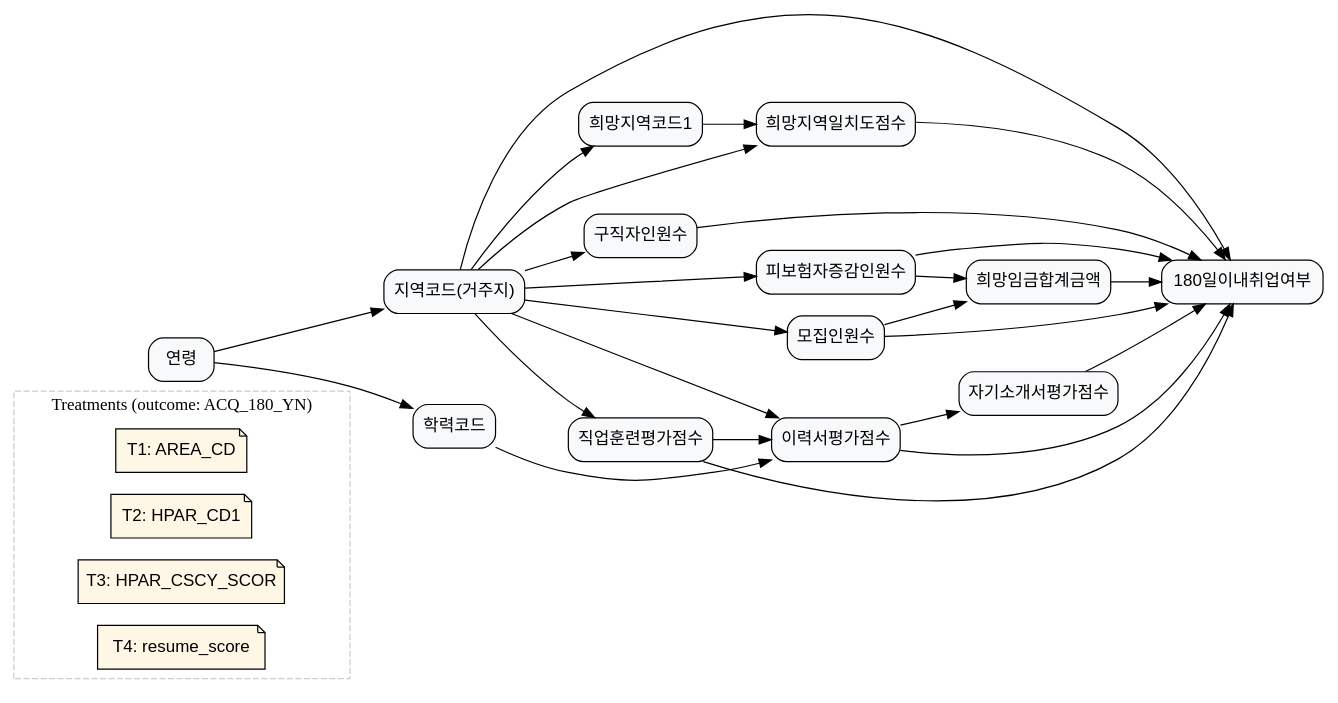
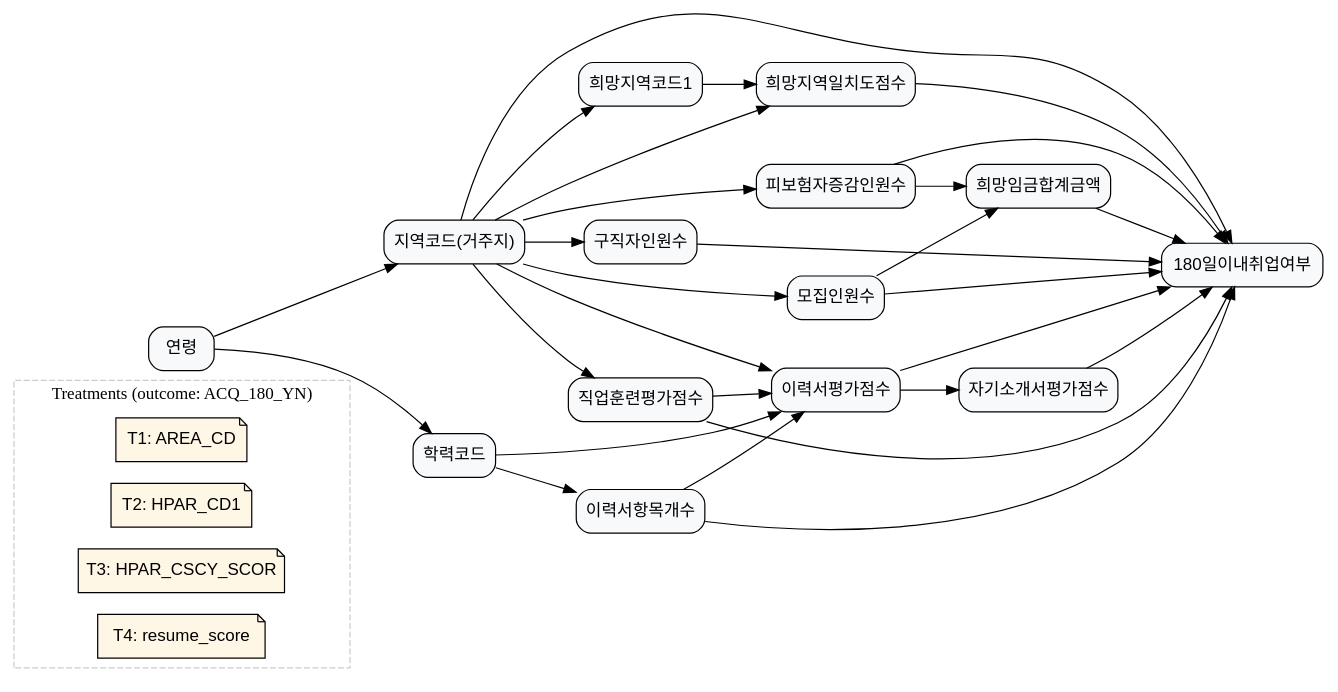
The diagram in laborlab_2/data/graph_data/graph_3.dot (KU-LIM-Lab/dowhy-deep), drawn with Graphviz before and after one commit. The commit also changed 3 other files, not shown here.

```diff
--- a/laborlab_2/data/graph_data/graph_3.dot
+++ b/laborlab_2/data/graph_data/graph_3.dot
@@ -1,80 +1,84 @@
 digraph G {
 	graph [rankdir=LR];
 	node [fillcolor="#F8F9FB",
 	fontname=Helvetica,
 	shape=box,
 	style="rounded,filled"
 	];
 	subgraph cluster_treatments {
 	graph [color="#CCCCCC",
 	label="Treatments (outcome: ACQ_180_YN)",
 	style=dashed
 	];
 	node [fillcolor="#FFF7E6",
 	fontname=Helvetica,
 	shape=note,
 	style="rounded,filled"
 	];
 	T1	[label="T1: AREA_CD",
 	role=treatment_meta,
 	treatment_def="거주지역코드 차이의 효과",
 	treatment_name=AREA_CD,
 	treatment_question="거주지역이 다른 구직자 간 6개월 내 취업 확률 차이?",
 	treatment_var=AREA_CD];
 	T2	[label="T2: HPAR_CD1",
 	role=treatment_meta,
 	treatment_def="희망지역 선택 차이의 효과",
 	treatment_name=HPAR_CD1,
 	treatment_question="희망지역이 다른 구직자 간 6개월 내 취업 확률 차이?",
 	treatment_var=HPAR_CD1];
 	T3	[label="T3: HPAR_CSCY_SCOR",
 	role=treatment_meta,
 	treatment_def="희망지역일치도점수 수준 차이의 효과",
 	treatment_name=HPAR_CSCY_SCOR,
 	treatment_question="거주지-희망지역 일치도가 높은 사람과 낮은 사람의 6개월 내 취업 확률 차이?",
 	treatment_var=HPAR_CSCY_SCOR];
 	T4	[label="T4: resume_score",
 	role=treatment_meta,
 	treatment_def="이력서평가점수 수준 차이의 효과",
 	treatment_name=resume_score,
 	treatment_question="이력서 평가 점수가 높은 사람과 낮은 사람의 6개월 내 취업 확률 차이?",
 	treatment_var=resume_score];
 }
 	ACQ_180_YN	[label="180일이내취업여부"];
 	AREA_CD	[label="지역코드(거주지)"];
 	AREA_CD -> ACQ_180_YN;
 	HPAR_CD1	[label=희망지역코드1];
 	AREA_CD -> HPAR_CD1;
 	HPAR_CSCY_SCOR	[label=희망지역일치도점수];
 	AREA_CD -> HPAR_CSCY_SCOR;
 	IPS_IRDS_NMPR	[label=피보험자증감인원수];
 	AREA_CD -> IPS_IRDS_NMPR;
 	JBHT_NMPR	[label=구직자인원수];
 	AREA_CD -> JBHT_NMPR;
 	RCIT_NMPR	[label=모집인원수];
 	AREA_CD -> RCIT_NMPR;
 	HPAR_CD1 -> HPAR_CSCY_SCOR;
 	HPAR_CSCY_SCOR -> ACQ_180_YN;
 	IPS_IRDS_NMPR -> ACQ_180_YN;
 	HOPE_WAGE_SM_AMT	[label=희망임금합계금액];
 	IPS_IRDS_NMPR -> HOPE_WAGE_SM_AMT;
 	JBHT_NMPR -> ACQ_180_YN;
 	RCIT_NMPR -> ACQ_180_YN;
 	RCIT_NMPR -> HOPE_WAGE_SM_AMT;
 	HOPE_WAGE_SM_AMT -> ACQ_180_YN;
 	AGE	[label=연령];
 	AGE -> AREA_CD;
 	ACCR_CD	[label=학력코드];
 	AGE -> ACCR_CD;
 	resume_score	[label=이력서평가점수];
 	ACCR_CD -> resume_score;
 	AREA_CD -> resume_score;
 	resume_score -> ACQ_180_YN;
+	items_num	[label=이력서항목개수];
+	ACCR_CD -> items_num;
+	items_num -> resume_score;
+	items_num -> ACQ_180_YN;
 	cover_letter_score	[label=자기소개서평가점수];
 	resume_score -> cover_letter_score;
 	cover_letter_score -> ACQ_180_YN;
 	training_score	[label=직업훈련평가점수];
 	AREA_CD -> training_score;
 	training_score -> ACQ_180_YN;
 	training_score -> resume_score;
 }
```
